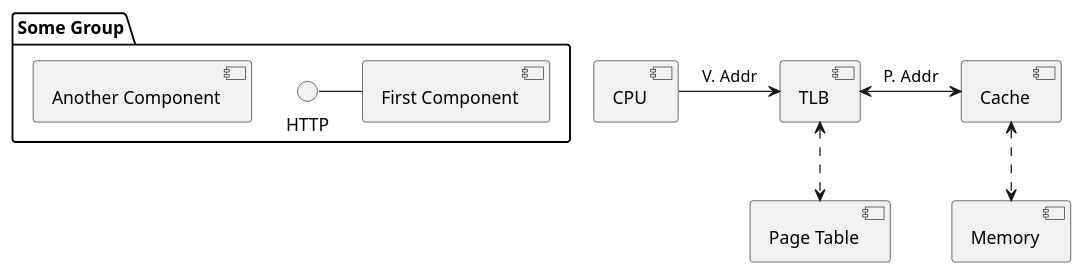
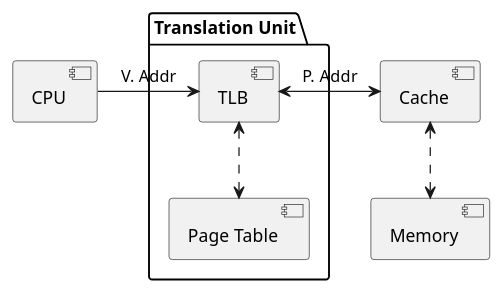
One commit to ashwinreddy/wiki changed the diagram in Computer-Science/Page table.md. Above: the diagram before and after it, drawn with PlantUML.

Commit message:
Updated Page table.md (markdown)

```diff
--- a/Computer-Science/Page table.md
+++ b/Computer-Science/Page table.md
@@ -6,18 +6,18 @@
 @startuml
 
-package "Some Group" {
-  HTTP - [First Component]
-  [Another Component]
+package "Translation Unit" {
+  [TLB]
+  [Page Table]
 }
 
 [CPU]
 [TLB]
 [Page Table]
 [Cache]
 [Memory]
 
 [CPU] -> [TLB]: V. Addr
 [TLB] <-> [Cache]: P. Addr
 [TLB] <..> [Page Table]
 [Cache] <..> [Memory]
 @enduml
```
